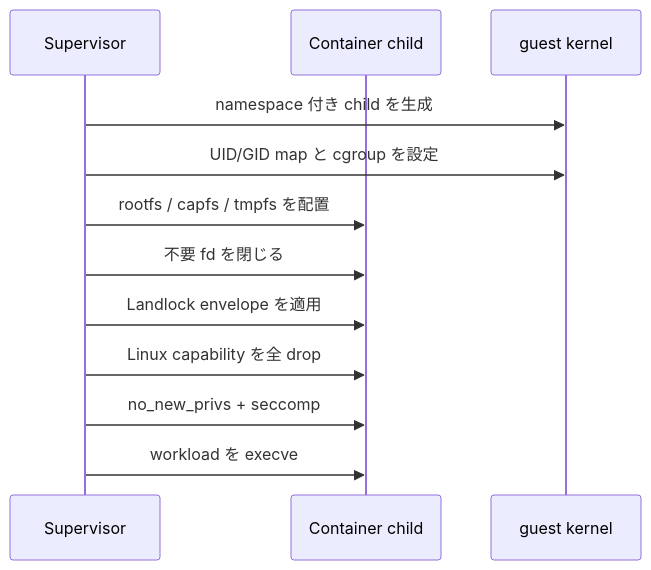
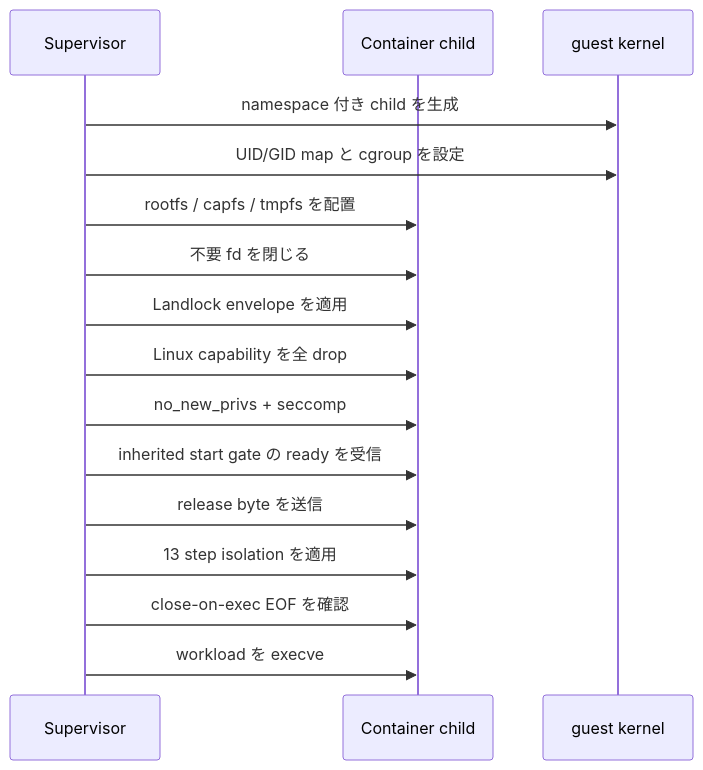
One commit to Aqua-218/SecCamp-AIAgent changed the second of 3 diagrams in docs/design/runtime-isolation.md. Above: the diagram before and after it, drawn with Mermaid. The commit also changed other lines of this file, not shown here.

First line of the commit message:
docs(isolation): document the guest composition and the start handshake

````diff
--- a/docs/design/runtime-isolation.md
+++ b/docs/design/runtime-isolation.md
@@ -74,15 +82,19 @@
 ```mermaid
 sequenceDiagram
     participant S as Supervisor
     participant C as Container child
     participant K as guest kernel
 
     S->>K: namespace 付き child を生成
     S->>K: UID/GID map と cgroup を設定
     S->>C: rootfs / capfs / tmpfs を配置
     S->>C: 不要 fd を閉じる
     S->>C: Landlock envelope を適用
     S->>C: Linux capability を全 drop
     S->>C: no_new_privs + seccomp
+    S->>C: inherited start gate の ready を受信
+    S->>C: release byte を送信
+    S->>C: 13 step isolation を適用
+    S->>C: close-on-exec EOF を確認
     S->>C: workload を execve
 ```
````
